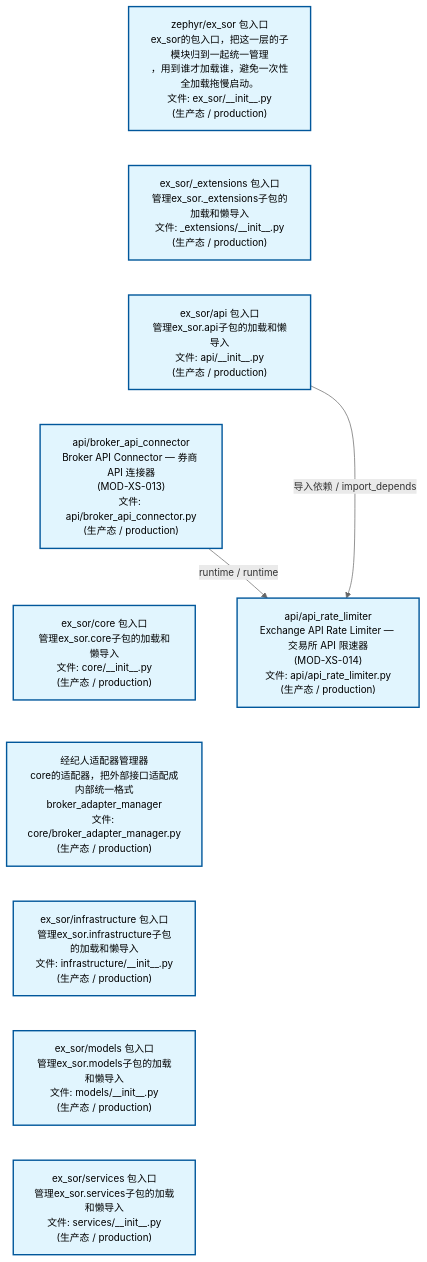
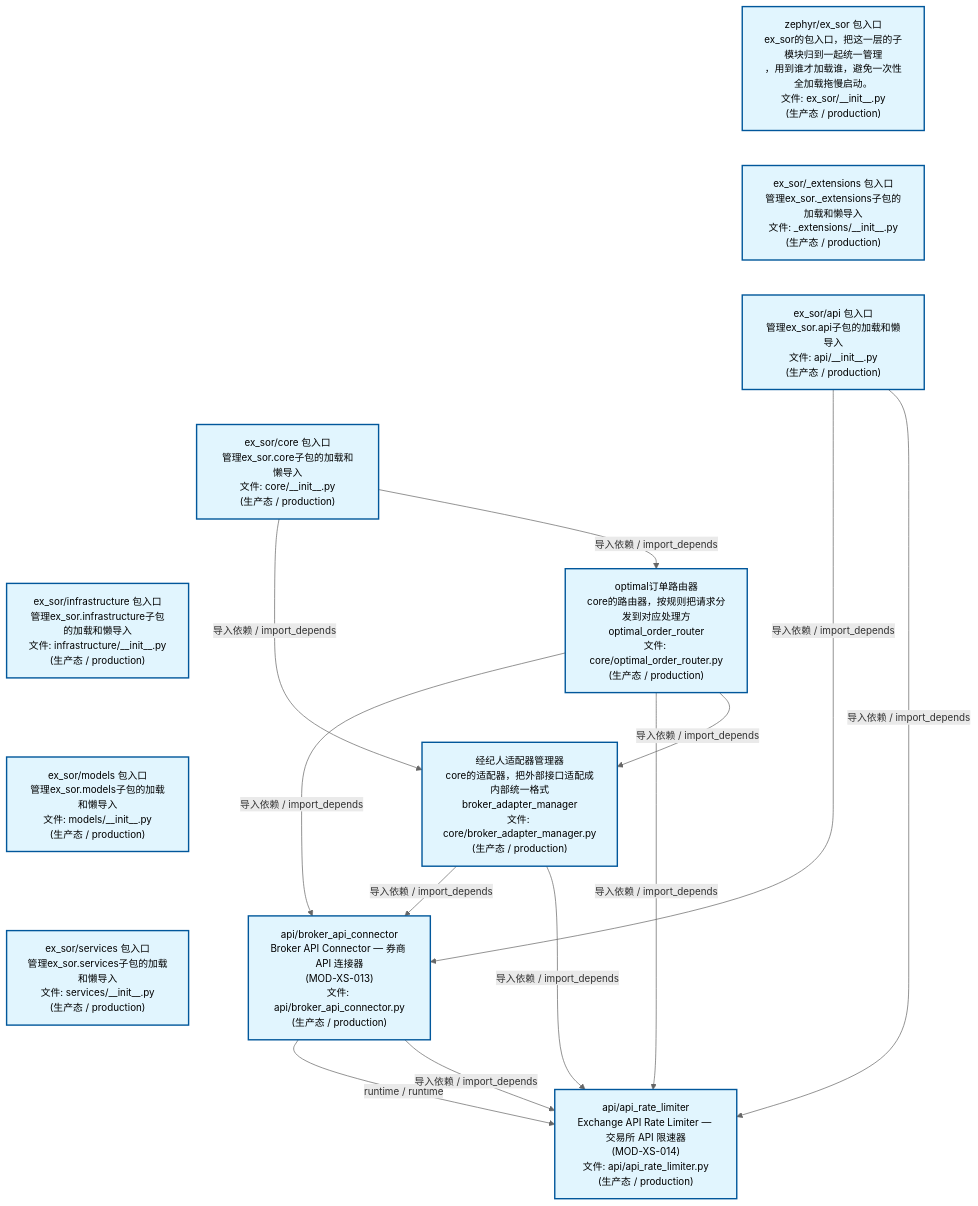
One commit to xuanFelixVan/ZephyrAlpha changed the second of 4 diagrams in docs/02_enterprise_architecture/02_domain_architecture_docs/45_d_ex_sor.md. Above: the diagram before and after it, drawn with Mermaid. The commit also changed other lines of this file and 48 other files, not shown here.

````diff
--- a/docs/02_enterprise_architecture/02_domain_architecture_docs/45_d_ex_sor.md
+++ b/docs/02_enterprise_architecture/02_domain_architecture_docs/45_d_ex_sor.md
@@ -114,29 +132,37 @@
 ```mermaid
 %%{init: {'theme': 'base', 'themeVariables': {'primaryColor': '#eaeaea', 'primaryTextColor': '#333333', 'primaryBorderColor': '#666666', 'lineColor': '#666666', 'secondaryColor': '#eaeaea', 'tertiaryColor': '#eaeaea', 'fontSize': '14px'}}}%%
 flowchart TD
     src_zephyr_ex_sor_init_py["zephyr/ex_sor 包入口<br/>ex_sor的包入口，把这一层的子模块归到一起统一管理<br/>，用到谁才加载谁，避免一次性全加载拖慢启动。<br/>文件: ex_sor/__init__.py<br/>(生产态 / production)"]
     src_zephyr_ex_sor_extensions_init_py["ex_sor/_extensions 包入口<br/>管理ex_sor._extensions子包的加载和懒导入<br/>文件: _extensions/__init__.py<br/>(生产态 / production)"]
     src_zephyr_ex_sor_api_init_py["ex_sor/api 包入口<br/>管理ex_sor.api子包的加载和懒导入<br/>文件: api/__init__.py<br/>(生产态 / production)"]
-    src_zephyr_ex_sor_api_broker_api_connector_py["api/broker_api_connector<br/>Broker API Connector — 券商 API 连接器<br/>(MOD-XS-013)<br/>文件: api/broker_api_connector.py<br/>(生产态 / production)"]
     src_zephyr_ex_sor_core_init_py["ex_sor/core 包入口<br/>管理ex_sor.core子包的加载和懒导入<br/>文件: core/__init__.py<br/>(生产态 / production)"]
-    src_zephyr_ex_sor_core_broker_adapter_manager_py["经纪人适配器管理器<br/>core的适配器，把外部接口适配成内部统一格式<br/>broker_adapter_manager<br/>文件: core/broker_adapter_manager.py<br/>(生产态 / production)"]
     src_zephyr_ex_sor_infrastructure_init_py["ex_sor/infrastructure 包入口<br/>管理ex_sor.infrastructure子包的加载和懒导入<br/>文件: infrastructure/__init__.py<br/>(生产态 / production)"]
     src_zephyr_ex_sor_models_init_py["ex_sor/models 包入口<br/>管理ex_sor.models子包的加载和懒导入<br/>文件: models/__init__.py<br/>(生产态 / production)"]
     src_zephyr_ex_sor_services_init_py["ex_sor/services 包入口<br/>管理ex_sor.services子包的加载和懒导入<br/>文件: services/__init__.py<br/>(生产态 / production)"]
     src_zephyr_ex_sor_init_py ~~~ src_zephyr_ex_sor_extensions_init_py
     src_zephyr_ex_sor_extensions_init_py ~~~ src_zephyr_ex_sor_api_init_py
-    src_zephyr_ex_sor_api_init_py ~~~ src_zephyr_ex_sor_api_broker_api_connector_py
-    src_zephyr_ex_sor_api_broker_api_connector_py ~~~ src_zephyr_ex_sor_core_init_py
-    src_zephyr_ex_sor_core_init_py ~~~ src_zephyr_ex_sor_core_broker_adapter_manager_py
-    src_zephyr_ex_sor_core_broker_adapter_manager_py ~~~ src_zephyr_ex_sor_infrastructure_init_py
+    src_zephyr_ex_sor_api_init_py ~~~ src_zephyr_ex_sor_core_init_py
+    src_zephyr_ex_sor_core_init_py ~~~ src_zephyr_ex_sor_infrastructure_init_py
     src_zephyr_ex_sor_infrastructure_init_py ~~~ src_zephyr_ex_sor_models_init_py
     src_zephyr_ex_sor_models_init_py ~~~ src_zephyr_ex_sor_services_init_py
+    src_zephyr_ex_sor_core_optimal_order_router_py["optimal订单路由器<br/>core的路由器，按规则把请求分发到对应处理方<br/>optimal_order_router<br/>文件: core/optimal_order_router.py<br/>(生产态 / production)"]
+    src_zephyr_ex_sor_core_broker_adapter_manager_py["经纪人适配器管理器<br/>core的适配器，把外部接口适配成内部统一格式<br/>broker_adapter_manager<br/>文件: core/broker_adapter_manager.py<br/>(生产态 / production)"]
+    src_zephyr_ex_sor_api_broker_api_connector_py["api/broker_api_connector<br/>Broker API Connector — 券商 API 连接器<br/>(MOD-XS-013)<br/>文件: api/broker_api_connector.py<br/>(生产态 / production)"]
     src_zephyr_ex_sor_api_api_rate_limiter_py["api/api_rate_limiter<br/>Exchange API Rate Limiter — 交易所 API 限速器<br/>(MOD-XS-014)<br/>文件: api/api_rate_limiter.py<br/>(生产态 / production)"]
     src_zephyr_ex_sor_api_broker_api_connector_py -->|runtime / runtime| src_zephyr_ex_sor_api_api_rate_limiter_py
+    src_zephyr_ex_sor_api_broker_api_connector_py -->|导入依赖 / import_depends| src_zephyr_ex_sor_api_api_rate_limiter_py
+    src_zephyr_ex_sor_core_broker_adapter_manager_py -->|导入依赖 / import_depends| src_zephyr_ex_sor_api_broker_api_connector_py
+    src_zephyr_ex_sor_core_broker_adapter_manager_py -->|导入依赖 / import_depends| src_zephyr_ex_sor_api_api_rate_limiter_py
+    src_zephyr_ex_sor_api_init_py -->|导入依赖 / import_depends| src_zephyr_ex_sor_api_broker_api_connector_py
     src_zephyr_ex_sor_api_init_py -->|导入依赖 / import_depends| src_zephyr_ex_sor_api_api_rate_limiter_py
+    src_zephyr_ex_sor_core_optimal_order_router_py -->|导入依赖 / import_depends| src_zephyr_ex_sor_api_broker_api_connector_py
+    src_zephyr_ex_sor_core_optimal_order_router_py -->|导入依赖 / import_depends| src_zephyr_ex_sor_api_api_rate_limiter_py
+    src_zephyr_ex_sor_core_optimal_order_router_py -->|导入依赖 / import_depends| src_zephyr_ex_sor_core_broker_adapter_manager_py
+    src_zephyr_ex_sor_core_init_py -->|导入依赖 / import_depends| src_zephyr_ex_sor_core_broker_adapter_manager_py
+    src_zephyr_ex_sor_core_init_py -->|导入依赖 / import_depends| src_zephyr_ex_sor_core_optimal_order_router_py
     classDef production fill:#e1f5fe,stroke:#01579b,stroke-width:2px,color:#000
     classDef design fill:#fff3e0,stroke:#e65100,stroke-width:2px,color:#000,stroke-dasharray: 5 5
     classDef external_prod fill:#e8f4fd,stroke:#0277bd,stroke-width:1px,color:#000
     classDef external_design fill:#fff8e7,stroke:#ef6c00,stroke-width:1px,color:#000,stroke-dasharray: 5 5
-    class src_zephyr_ex_sor_init_py,src_zephyr_ex_sor_extensions_init_py,src_zephyr_ex_sor_api_init_py,src_zephyr_ex_sor_api_api_rate_limiter_py,src_zephyr_ex_sor_api_broker_api_connector_py,src_zephyr_ex_sor_core_init_py,src_zephyr_ex_sor_core_broker_adapter_manager_py,src_zephyr_ex_sor_infrastructure_init_py,src_zephyr_ex_sor_models_init_py,src_zephyr_ex_sor_services_init_py production
+    class src_zephyr_ex_sor_init_py,src_zephyr_ex_sor_extensions_init_py,src_zephyr_ex_sor_api_init_py,src_zephyr_ex_sor_api_api_rate_limiter_py,src_zephyr_ex_sor_api_broker_api_connector_py,src_zephyr_ex_sor_core_init_py,src_zephyr_ex_sor_core_broker_adapter_manager_py,src_zephyr_ex_sor_core_optimal_order_router_py,src_zephyr_ex_sor_infrastructure_init_py,src_zephyr_ex_sor_models_init_py,src_zephyr_ex_sor_services_init_py production
 ```
````
